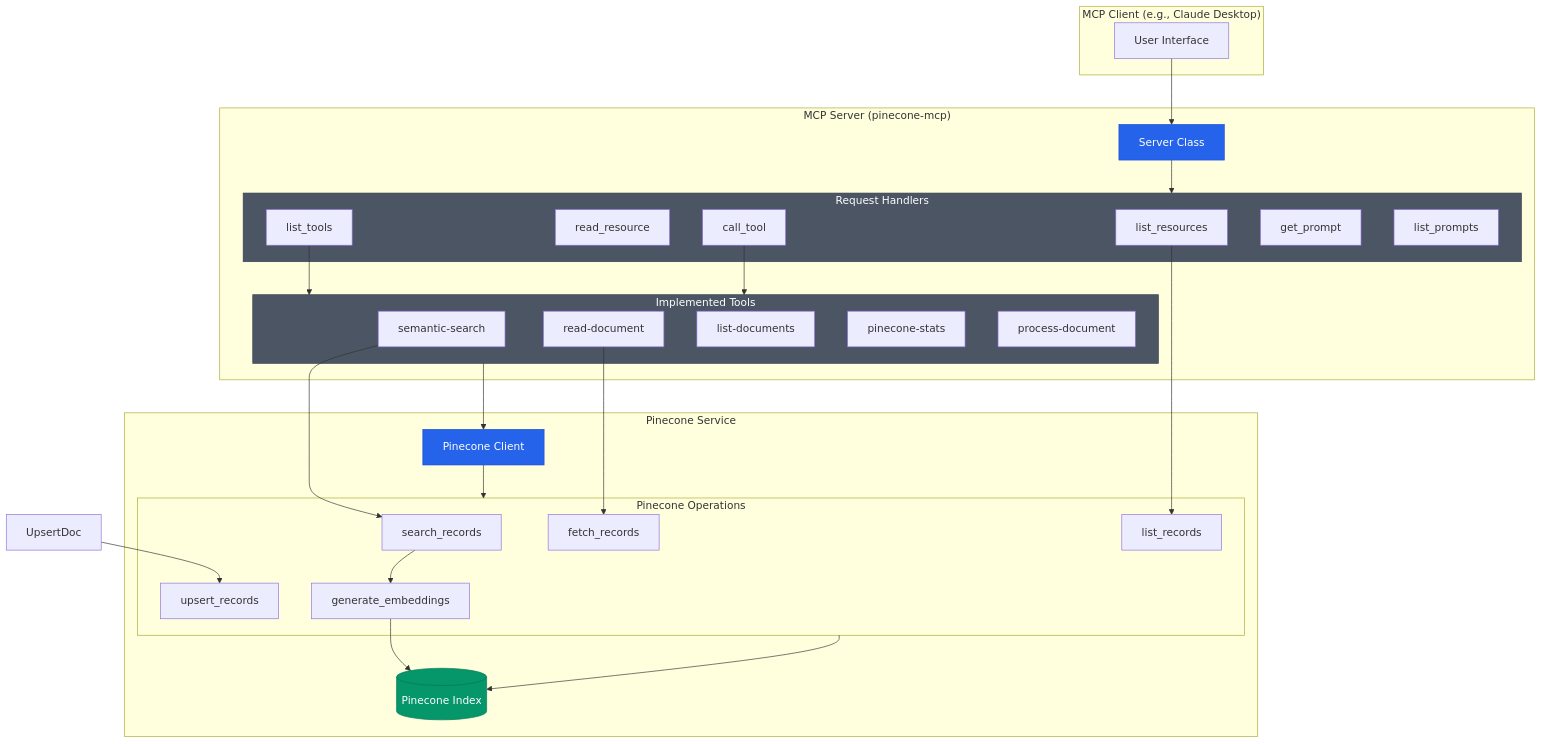
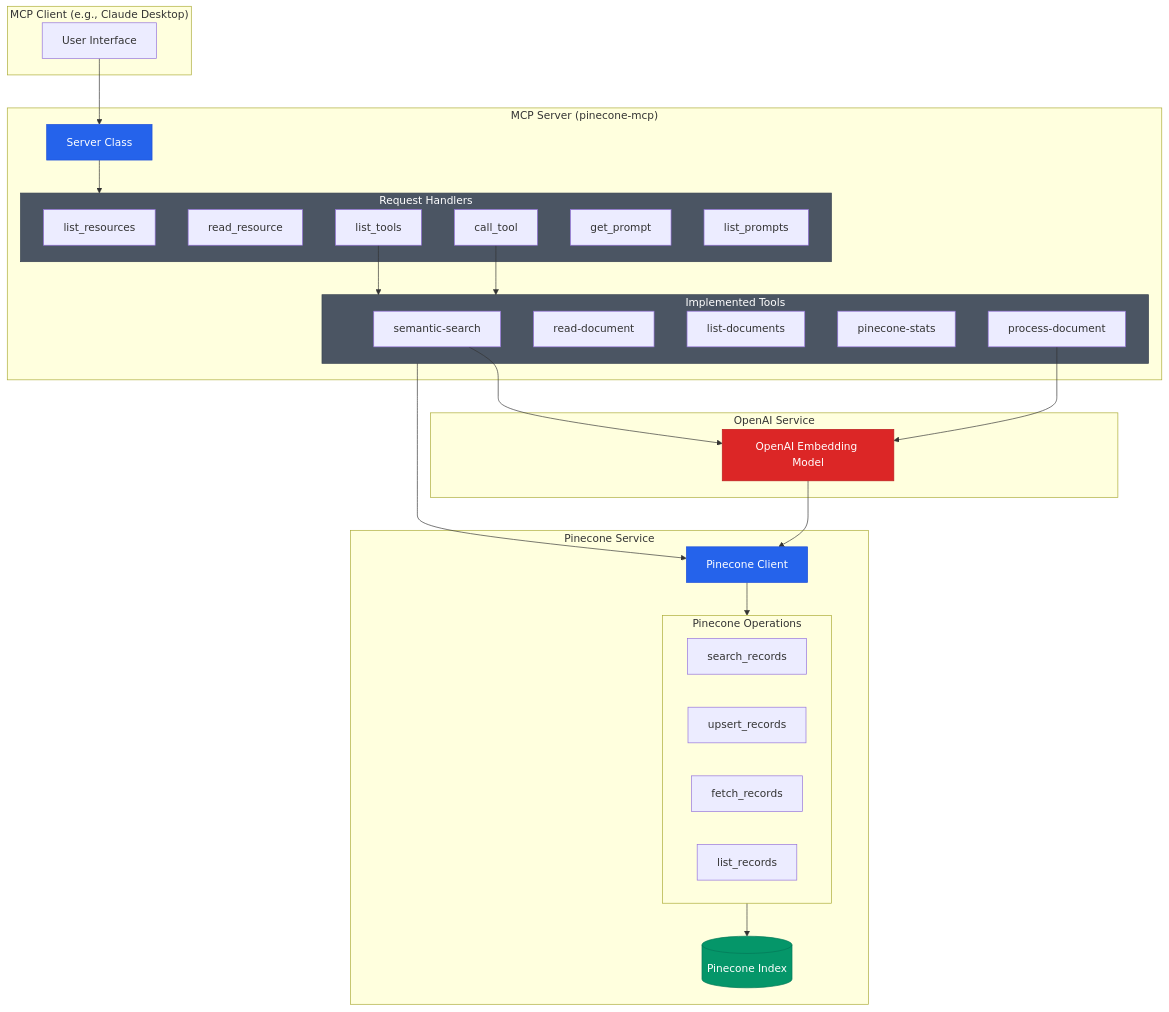
One commit to whoyao/mcp-pinecone changed the diagram in README.md. Above: the diagram before and after it, drawn with Mermaid. The commit also changed other lines of this file and 10 other files, not shown here.

````diff
--- a/README.md
+++ b/README.md
@@ -12,68 +84,68 @@
 ```mermaid
 flowchart TB
     subgraph Client["MCP Client (e.g., Claude Desktop)"]
         UI[User Interface]
     end
 
     subgraph MCPServer["MCP Server (pinecone-mcp)"]
         Server[Server Class]
         
         subgraph Handlers["Request Handlers"]
             ListRes[list_resources]
             ReadRes[read_resource]
             ListTools[list_tools]
             CallTool[call_tool]
             GetPrompt[get_prompt]
             ListPrompts[list_prompts]
         end
         
         subgraph Tools["Implemented Tools"]
             SemSearch[semantic-search]
             ReadDoc[read-document]
             ListDocs[list-documents]
             PineconeStats[pinecone-stats]
             ProcessDoc[process-document]
         end
     end
 
     subgraph PineconeService["Pinecone Service"]
         PC[Pinecone Client]
         subgraph PineconeFunctions["Pinecone Operations"]
             Search[search_records]
             Upsert[upsert_records]
             Fetch[fetch_records]
             List[list_records]
-            Embed[generate_embeddings]
         end
         Index[(Pinecone Index)]
+    end
+
+    subgraph OpenAI["OpenAI Service"]
+        Embed[OpenAI Embedding Model]
     end
 
     %% Connections
     UI --> Server
     Server --> Handlers
     
     ListTools --> Tools
     CallTool --> Tools
     
     Tools --> PC
     PC --> PineconeFunctions
     PineconeFunctions --> Index
     
-    %% Data flow for semantic search
-    SemSearch --> Search
-    Search --> Embed
-    Embed --> Index
-    
-    %% Data flow for document operations
-    UpsertDoc --> Upsert
-    ReadDoc --> Fetch
-    ListRes --> List
+    %% OpenAI embedding flow
+    SemSearch --> Embed
+    ProcessDoc --> Embed
+    Embed --> PC
 
     classDef primary fill:#2563eb,stroke:#1d4ed8,color:white
     classDef secondary fill:#4b5563,stroke:#374151,color:white
     classDef storage fill:#059669,stroke:#047857,color:white
+    classDef ai fill:#dc2626,stroke:#b91c1c,color:white
     
     class Server,PC primary
     class Tools,Handlers secondary
     class Index storage
+    class Embed ai
 ```
````
